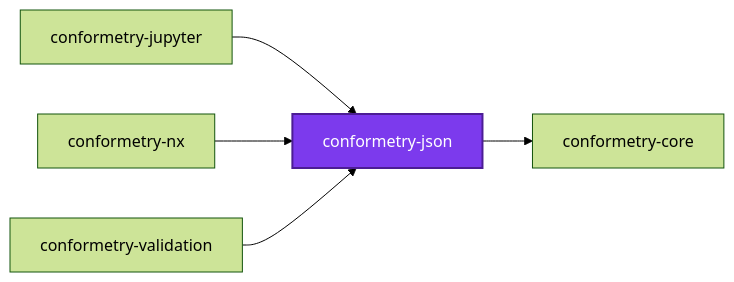
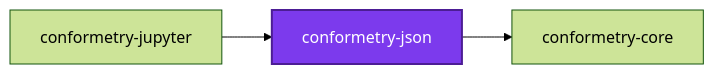
Before and after one commit to JimmyPaolini/codebase: the first of 3 diagrams in packages/conformetry-json/README.md, drawn with Mermaid (forest theme). The commit also changed 32 other files, not shown here.

````diff
--- a/packages/conformetry-json/README.md
+++ b/packages/conformetry-json/README.md
@@ -140,14 +140,10 @@
 ```mermaid
 graph LR
   conformetry_core["conformetry-core"]
   conformetry_json["conformetry-json"]
   conformetry_jupyter["conformetry-jupyter"]
-  conformetry_nx["conformetry-nx"]
-  conformetry_validation["conformetry-validation"]
   conformetry_json --> conformetry_core
   conformetry_jupyter --> conformetry_json
-  conformetry_nx --> conformetry_json
-  conformetry_validation --> conformetry_json
   classDef subject fill:#7c3aed,color:#fff,stroke:#4c1d95,stroke-width:2px
   class conformetry_json subject
 ```
````
